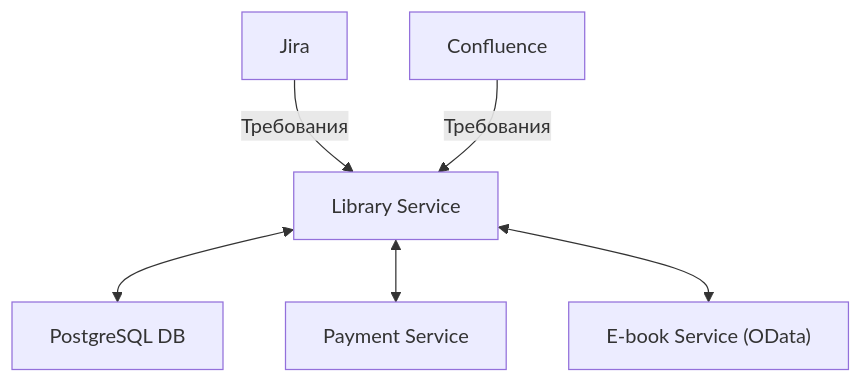
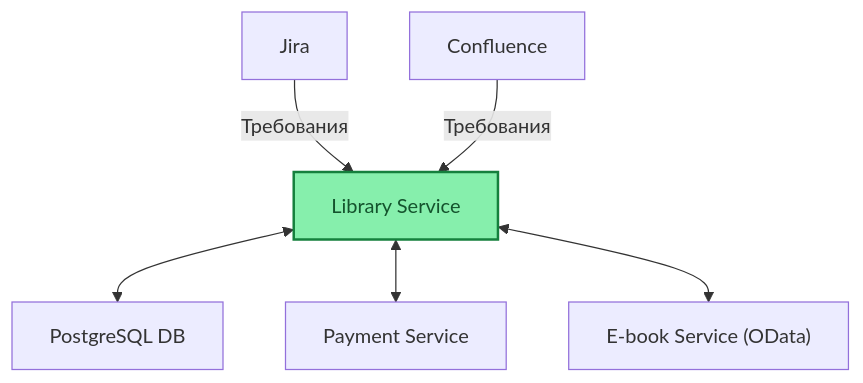
Before and after one commit to markul/demo-library-service: the diagram in docs/presentation/slides.md, drawn with Mermaid. The commit also changed other lines of this file and 1 other file, not shown here.

````diff
--- a/docs/presentation/slides.md
+++ b/docs/presentation/slides.md
@@ -34,8 +81,9 @@
 ```mermaid
 flowchart TB;
   JIRA["Jira"] -->|Требования| LS["Library Service"];
   CONF["Confluence"] -->|Требования| LS;
   LS <--> DB["PostgreSQL DB"];
   LS <--> PAY["Payment Service"];
   LS <--> EBOOK["E-book Service (OData)"];
+  style LS fill:#86efac,stroke:#15803d,stroke-width:2px,color:#14532d;
 ```
````
